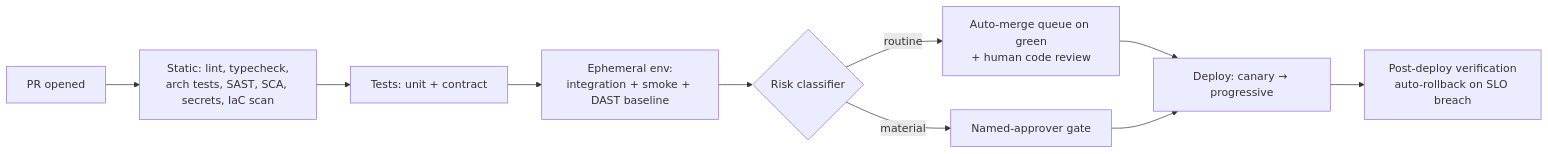
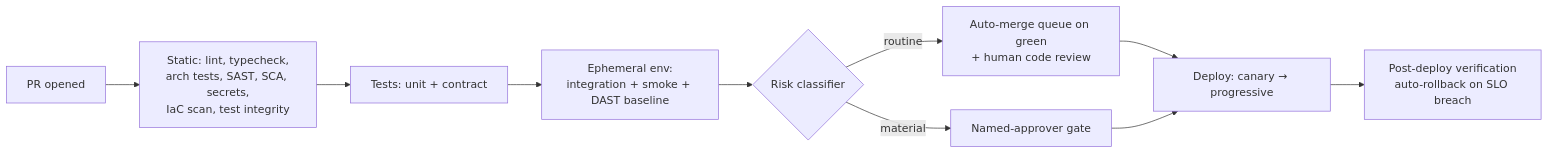
The diagram in playbook/07-devops-automation.md (mor-sec/ai-dlc), drawn with Mermaid before and after one commit. The commit also changed other lines of this file and 30 other files, not shown here.

````diff
--- a/playbook/07-devops-automation.md
+++ b/playbook/07-devops-automation.md
@@ -14,12 +14,12 @@
 ```mermaid
 flowchart LR
-    A[PR opened] --> B[Static: lint, typecheck,<br/>arch tests, SAST, SCA, secrets, IaC scan]
+    A[PR opened] --> B[Static: lint, typecheck,<br/>arch tests, SAST, SCA, secrets,<br/>IaC scan, test integrity]
     B --> C[Tests: unit + contract]
     C --> D[Ephemeral env:<br/>integration + smoke + DAST baseline]
     D --> E{Risk classifier}
     E -- routine --> F[Auto-merge queue on green<br/>+ human code review]
     E -- material --> G[Named-approver gate]
     F --> H[Deploy: canary → progressive]
     G --> H
     H --> I[Post-deploy verification<br/>auto-rollback on SLO breach]
 ```
````
